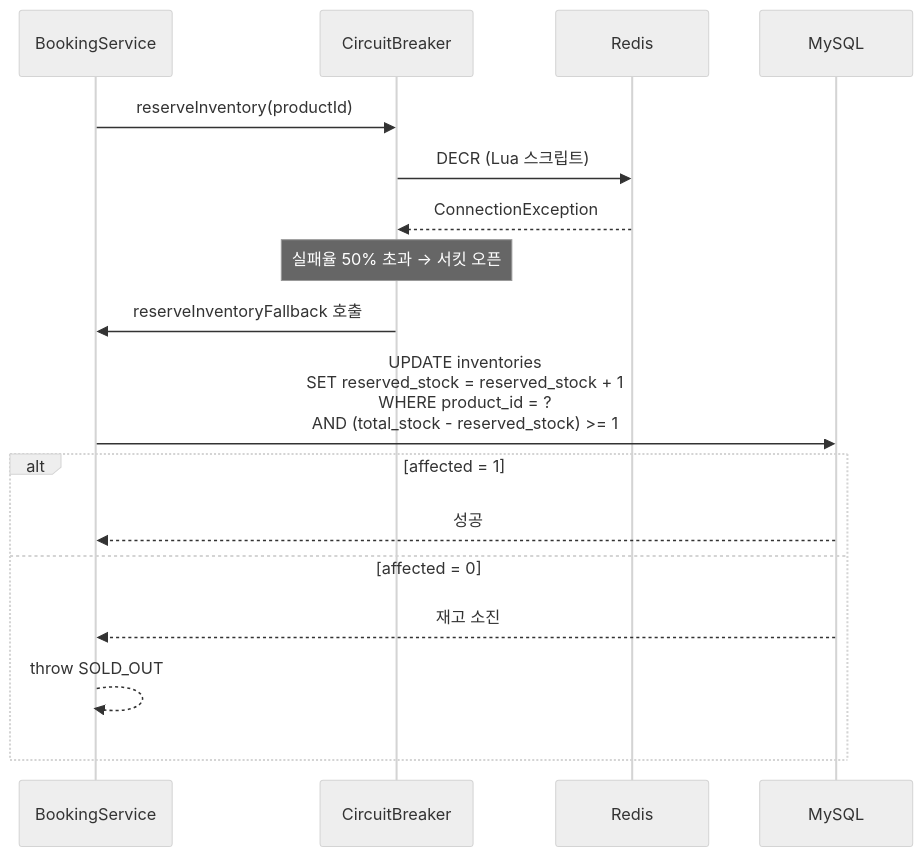
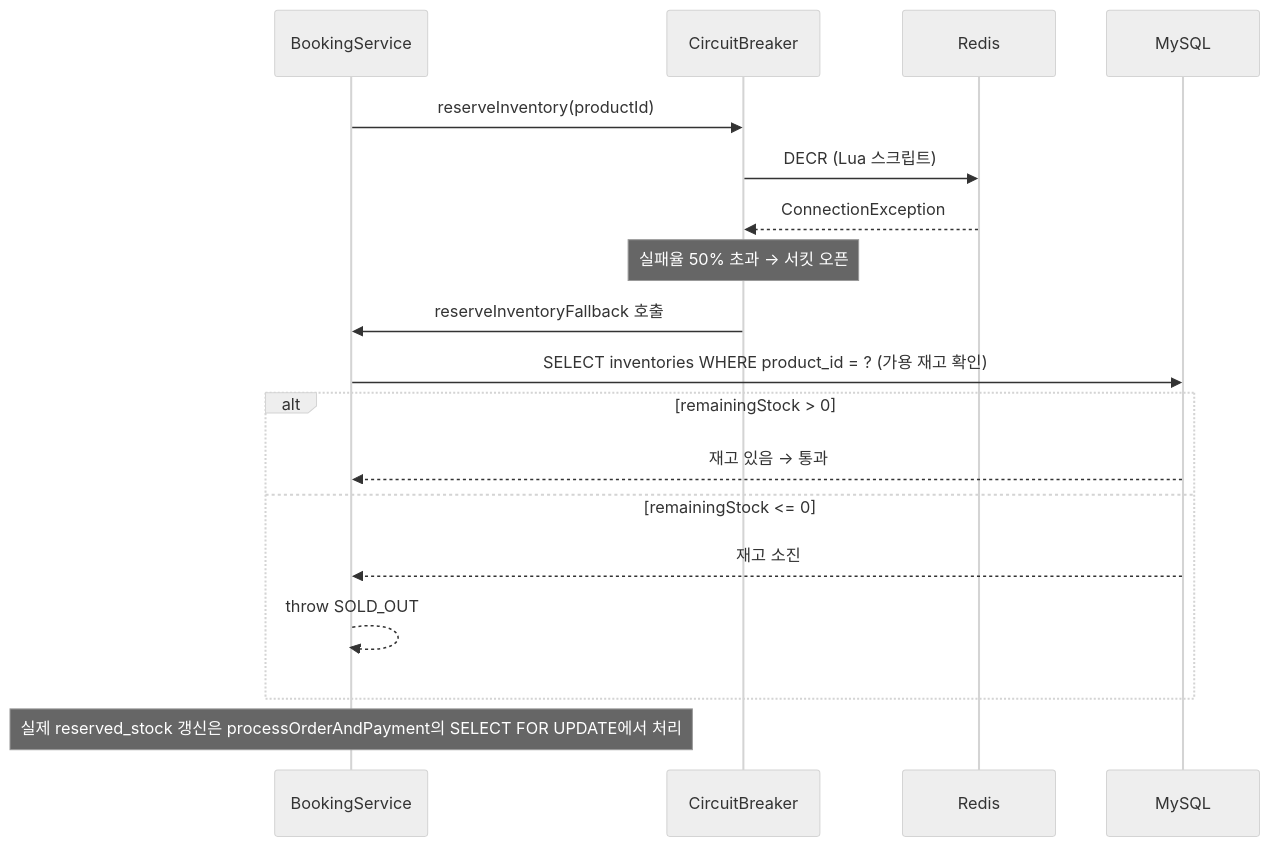
One commit to arsgsg1/mybooking changed the second of 3 diagrams in README.md. Above: the diagram before and after it, drawn with Mermaid (neutral theme). The commit also changed other lines of this file and 2 other files, not shown here.

````diff
--- a/README.md
+++ b/README.md
@@ -233,20 +229,21 @@
 ```mermaid
 sequenceDiagram
     participant BS as BookingService
     participant CB as CircuitBreaker
     participant Redis
     participant DB as MySQL
 
     BS->>CB: reserveInventory(productId)
     CB->>Redis: DECR (Lua 스크립트)
     Redis-->>CB: ConnectionException
     Note over CB: 실패율 50% 초과 → 서킷 오픈
     CB->>BS: reserveInventoryFallback 호출
-    BS->>DB: UPDATE inventories<br/>SET reserved_stock = reserved_stock + 1<br/>WHERE product_id = ?<br/>AND (total_stock - reserved_stock) >= 1
-    alt affected = 1
-        DB-->>BS: 성공
-    else affected = 0
+    BS->>DB: SELECT inventories WHERE product_id = ? (가용 재고 확인)
+    alt remainingStock > 0
+        DB-->>BS: 재고 있음 → 통과
+    else remainingStock <= 0
         DB-->>BS: 재고 소진
         BS-->>BS: throw SOLD_OUT
     end
+    Note over BS: 실제 reserved_stock 갱신은 processOrderAndPayment의 SELECT FOR UPDATE에서 처리
 ```
````
